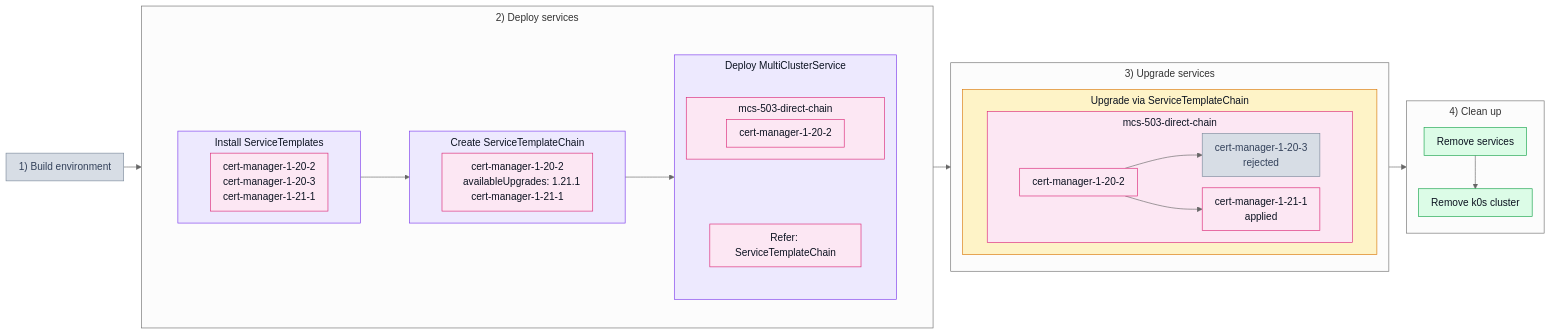
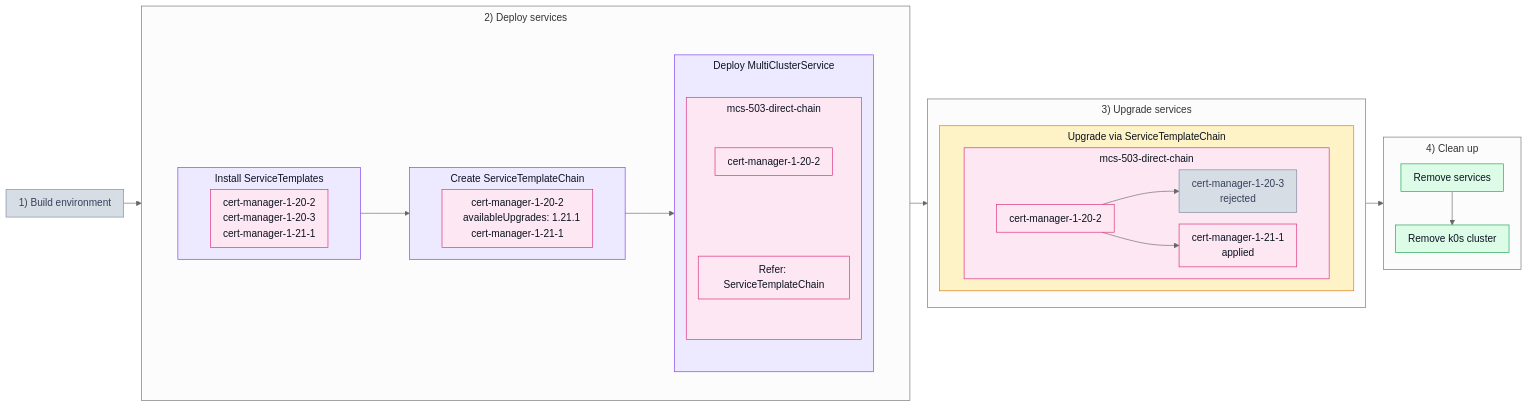
One commit to josef-hak/ksm-tests changed the diagram in test_scenarios/503_direct_chain.md. Above: the diagram before and after it, drawn with Mermaid (neutral theme). The commit also changed 6 other files, not shown here.

````diff
--- a/test_scenarios/503_direct_chain.md
+++ b/test_scenarios/503_direct_chain.md
@@ -18,59 +18,58 @@
 ```mermaid
 %%{init: {'flowchart': {'padding': 10, 'nodeSpacing': 18, 'rankSpacing': 28, 'subGraphTitleMargin': {'top': 6, 'bottom': 10}}}}%%
 flowchart LR
     P1["1) Build environment"]
 
     subgraph P2["2) Deploy services"]
         subgraph W2[" "]
             direction LR
             subgraph D1["Install ServiceTemplates"]
                 T1["cert-manager-1-20-2<br/>cert-manager-1-20-3<br/>cert-manager-1-21-1"]
             end
 
             subgraph D3["Create ServiceTemplateChain"]
                 H1["cert-manager-1-20-2<br/>&nbsp;&nbsp;&nbsp;availableUpgrades: 1.21.1<br/>cert-manager-1-21-1"]
             end
 
             subgraph D2["Deploy MultiClusterService"]
                 direction TB
                 subgraph DM["mcs-503-direct-chain"]
-                    M1["cert-manager-1-20-2"]
+                    direction TB
+                    M1["cert-manager-1-20-2"] ~~~ R1["Refer: ServiceTemplateChain"]
                 end
-
-                DM ~~~ R1["Refer: ServiceTemplateChain"]
             end
 
             D1 --> D3 --> D2
         end
     end
 
     subgraph P3["3) Upgrade services"]
         subgraph U2["Upgrade via ServiceTemplateChain"]
             subgraph UM["mcs-503-direct-chain"]
                 direction LR
                 V1["cert-manager-1-20-2"] --> V2["cert-manager-1-20-3<br/>rejected"]
                 V1 --> V3["cert-manager-1-21-1<br/>applied"]
             end
         end
     end
 
     subgraph P4["4) Clean up"]
         C1["Remove services"] --> C2["Remove k0s cluster"]
     end
 
     P1 --> P2 --> P3 --> P4
 
     classDef off fill:#d7dde5,stroke:#7c8a9c,color:#33415a
     classDef purple fill:#ede9fe,stroke:#7c3aed,color:#0b1220
     classDef pink fill:#fce7f3,stroke:#db2777,color:#0b1220
     classDef amber fill:#fef3c7,stroke:#d97706,color:#0b1220
     classDef green fill:#dcfce7,stroke:#16a34a,color:#0b1220
     classDef bare fill:none,stroke:none
 
     class P1,V2 off
     class D1,D2,D3 purple
     class DM,T1,H1,M1,R1,UM,V1,V3 pink
     class U2 amber
     class C1,C2 green
     class W2 bare
 ```
````
